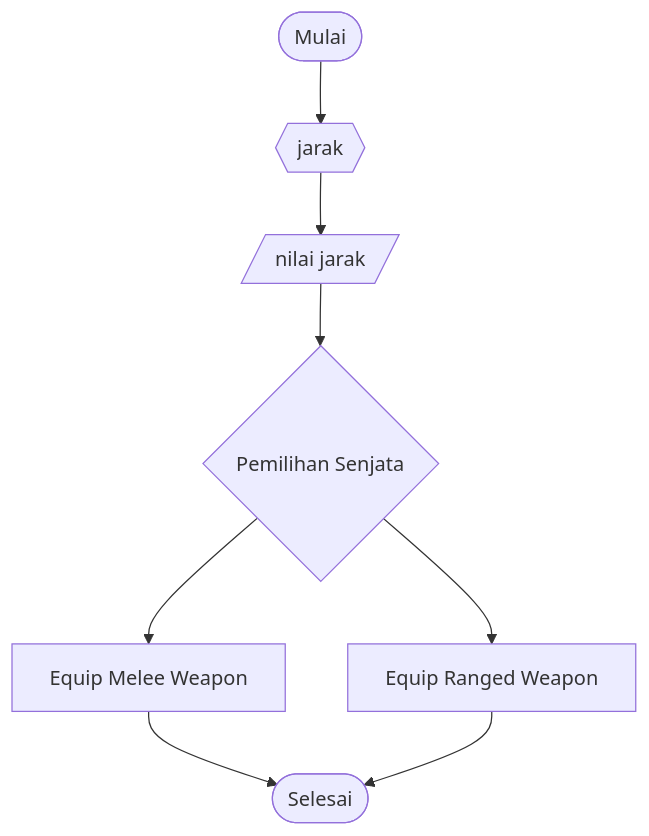
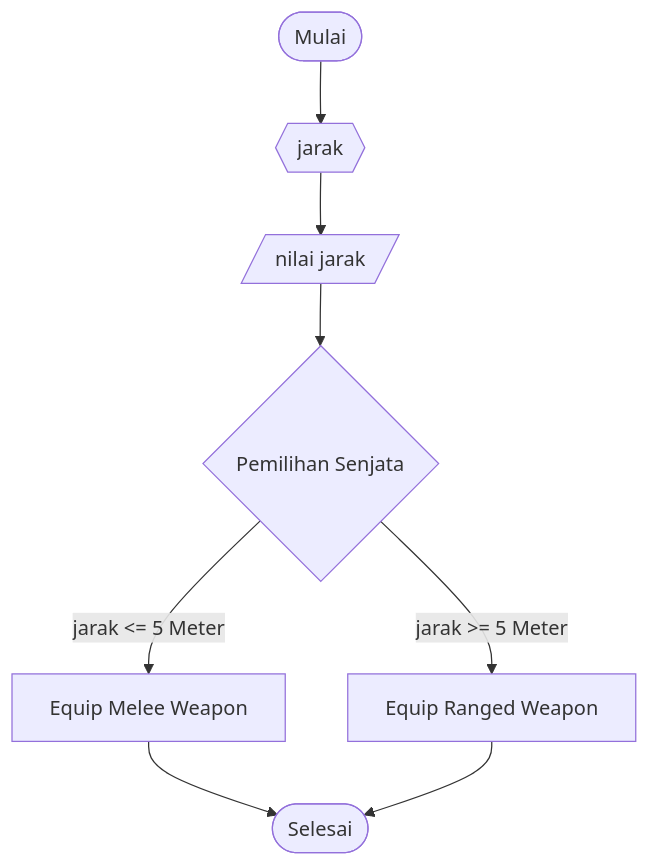
The first of 2 diagrams in readme.md (ValSyacy/latihan5), drawn with Mermaid before and after one commit. The commit also changed other lines of this file, not shown here.

````diff
--- a/readme.md
+++ b/readme.md
@@ -3,10 +3,10 @@
 ```mermaid
 flowchart TD;
     A([Mulai]) --> B{{jarak}}
     B --> C[/nilai jarak/]
     C --> D{Pemilihan Senjata}
-    D --> E[Equip Melee Weapon]
-    D --> F[Equip Ranged Weapon]
+    D -->|jarak <= 5 Meter| E[Equip Melee Weapon]
+    D -->|jarak >= 5 Meter| F[Equip Ranged Weapon]
     E --> G([Selesai])
     F --> G
 ```
````
